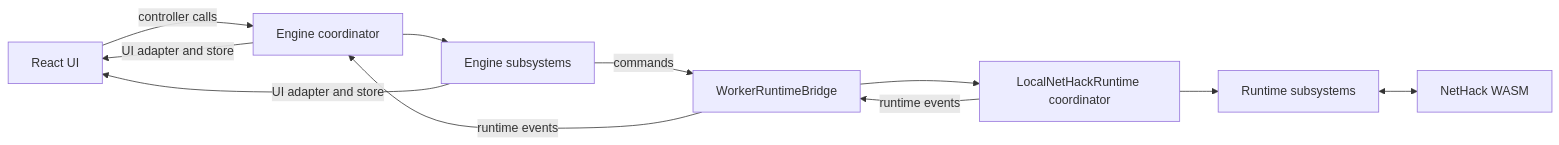
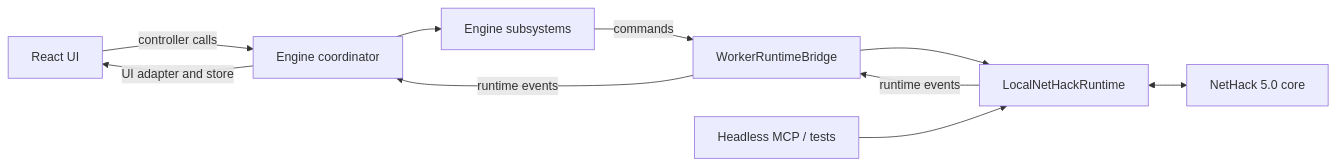
One commit to kafuji/Polypiled changed the diagram in README.MD. Above: the diagram before and after it, drawn with Mermaid. The commit also changed other lines of this file, not shown here.

````diff
--- a/README.MD
+++ b/README.MD
@@ -208,13 +257,12 @@
 ```mermaid
 flowchart LR
   UI[React UI] -->|controller calls| Engine[Engine coordinator]
   Engine --> Systems[Engine subsystems]
   Systems -->|commands| Bridge[WorkerRuntimeBridge]
-  Bridge --> Runtime[LocalNetHackRuntime coordinator]
-  Runtime --> RuntimeSystems[Runtime subsystems]
-  RuntimeSystems <--> WASM[NetHack WASM]
+  Bridge --> Runtime[LocalNetHackRuntime]
+  Runtime <--> WASM[NetHack 5.0 core]
   Runtime -->|runtime events| Bridge
   Bridge -->|runtime events| Engine
   Engine -->|UI adapter and store| UI
-  Systems -->|UI adapter and store| UI
+  Headless[Headless MCP / tests] --> Runtime
 ```
````
